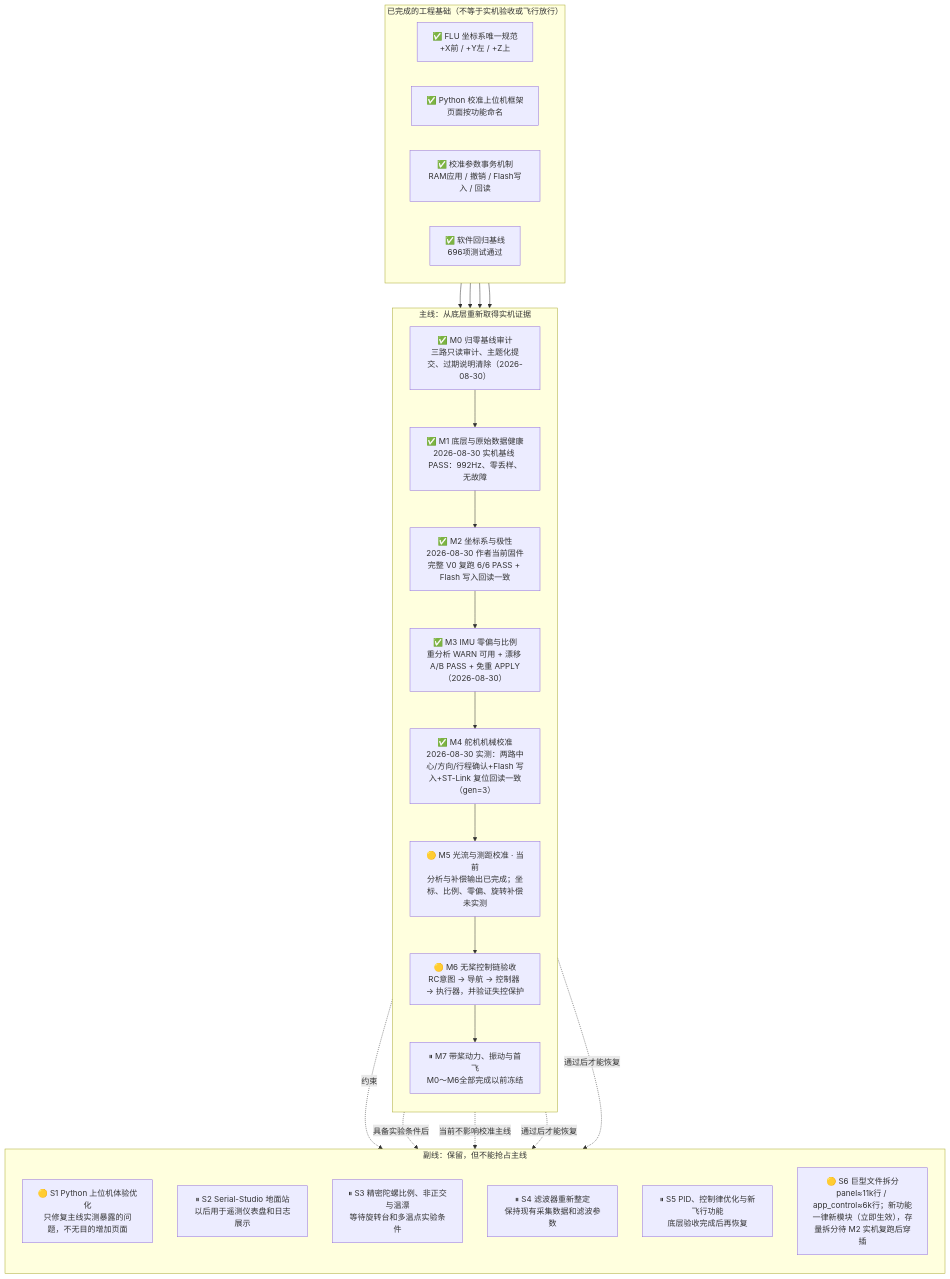
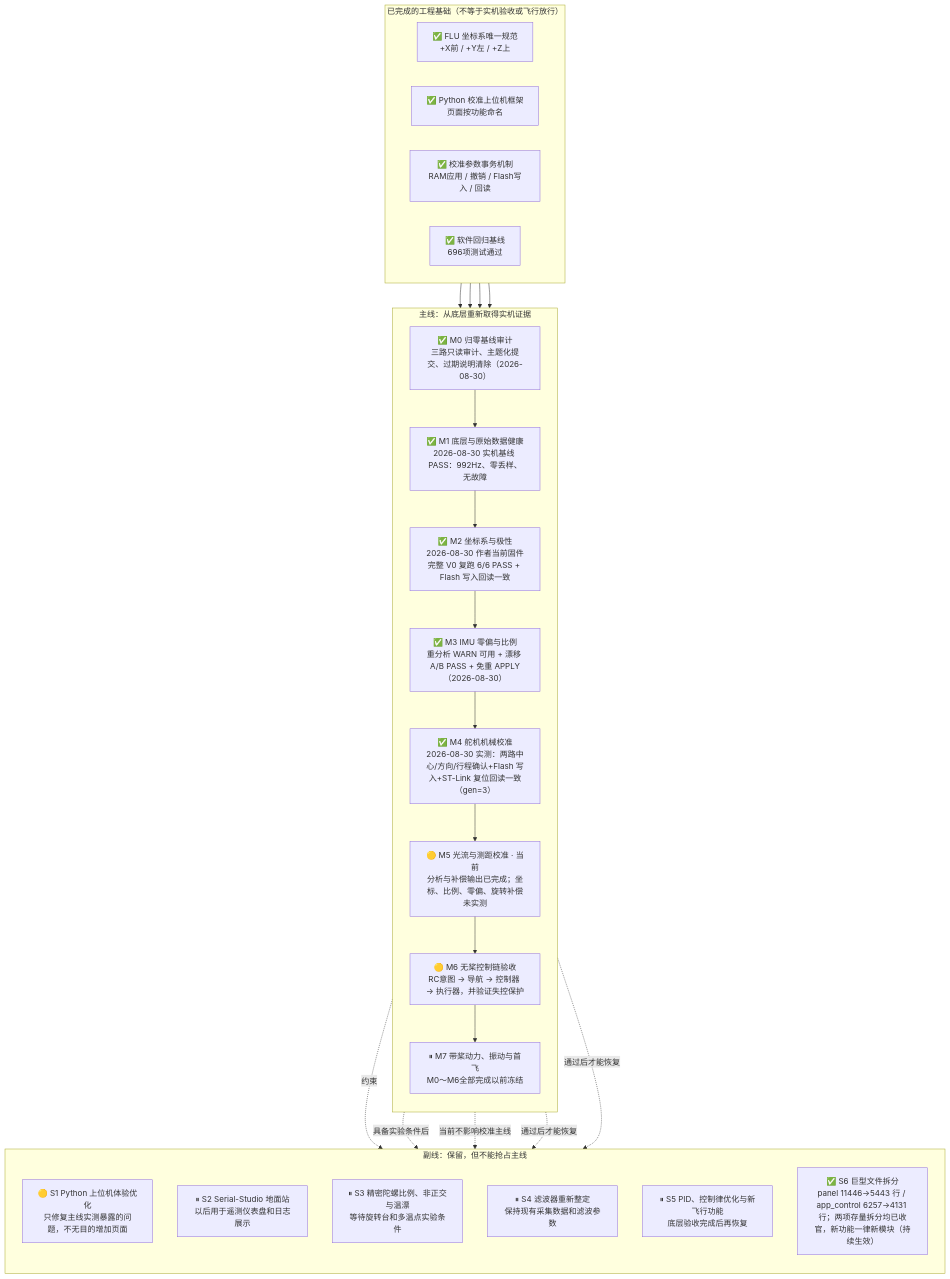
Before and after one commit to ThroneTLE/drone-H743: the diagram in PIPELINE.md, drawn with Mermaid. The commit also changed other lines of this file and 12 other files, not shown here.

````diff
--- a/PIPELINE.md
+++ b/PIPELINE.md
@@ -16,44 +16,44 @@
 ```mermaid
 flowchart TB
     subgraph BASE["已完成的工程基础（不等于实机验收或飞行放行）"]
         direction LR
         B1["✅ FLU 坐标系唯一规范<br/>+X前 / +Y左 / +Z上"]
         B2["✅ Python 校准上位机框架<br/>页面按功能命名"]
         B3["✅ 校准参数事务机制<br/>RAM应用 / 撤销 / Flash写入 / 回读"]
         B4["✅ 软件回归基线<br/>696项测试通过"]
     end
 
     subgraph MAIN["主线：从底层重新取得实机证据"]
         direction TB
         M0["✅ M0 归零基线审计<br/>三路只读审计、主题化提交、过期说明清除（2026-08-30）"]
         M1["✅ M1 底层与原始数据健康<br/>2026-08-30 实机基线 PASS：992Hz、零丢样、无故障"]
         M2["✅ M2 坐标系与极性<br/>2026-08-30 作者当前固件完整 V0 复跑 6/6 PASS + Flash 写入回读一致"]
         M3["✅ M3 IMU 零偏与比例<br/>重分析 WARN 可用 + 漂移 A/B PASS + 免重 APPLY（2026-08-30）"]
         M4["✅ M4 舵机机械校准<br/>2026-08-30 实测：两路中心/方向/行程确认+Flash 写入+ST-Link 复位回读一致（gen=3）"]
         M5["🟡 M5 光流与测距校准 · 当前<br/>分析与补偿输出已完成；坐标、比例、零偏、旋转补偿未实测"]
         M6["🟡 M6 无桨控制链验收<br/>RC意图 → 导航 → 控制器 → 执行器，并验证失控保护"]
         M7["⏸ M7 带桨动力、振动与首飞<br/>M0～M6全部完成以前冻结"]
         M0 --> M1 --> M2 --> M3 --> M4 --> M5 --> M6 --> M7
     end
 
     B1 --> M0
     B2 --> M0
     B3 --> M0
     B4 --> M0
 
     subgraph SIDE["副线：保留，但不能抢占主线"]
         direction TB
         S1["🟡 S1 Python 上位机体验优化<br/>只修复主线实测暴露的问题，不无目的增加页面"]
         S2["⏸ S2 Serial-Studio 地面站<br/>以后用于遥测仪表盘和日志展示"]
         S3["⏸ S3 精密陀螺比例、非正交与温漂<br/>等待旋转台和多温点实验条件"]
         S4["⏸ S4 滤波器重新整定<br/>保持现有采集数据和滤波参数"]
         S5["⏸ S5 PID、控制律优化与新飞行功能<br/>底层验收完成后再恢复"]
-        S6["🟡 S6 巨型文件拆分<br/>panel≈11k行 / app_control≈6k行；新功能一律新模块（立即生效），存量拆分待 M2 实机复跑后穿插"]
+        S6["✅ S6 巨型文件拆分<br/>panel 11446→5443 行 / app_control 6257→4131 行；两项存量拆分均已收官，新功能一律新模块（持续生效）"]
     end
 
     M0 -.约束.-> S1
     M1 -.具备实验条件后.-> S3
     M5 -.当前不影响校准主线.-> S2
     M6 -.通过后才能恢复.-> S4
     M6 -.通过后才能恢复.-> S5
 ```
````
